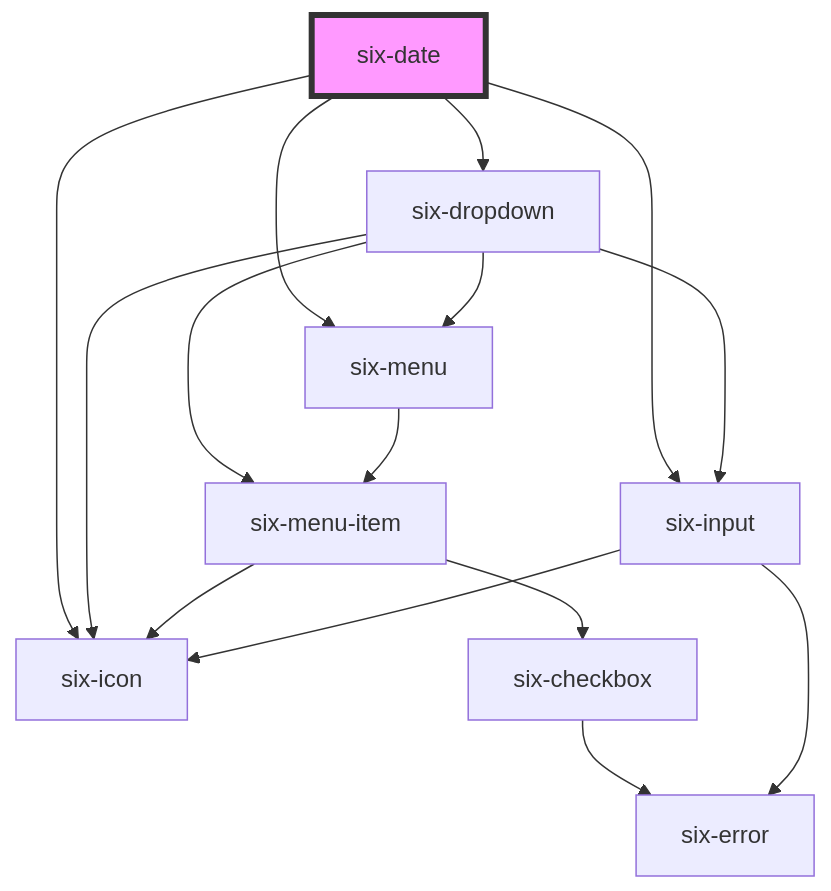
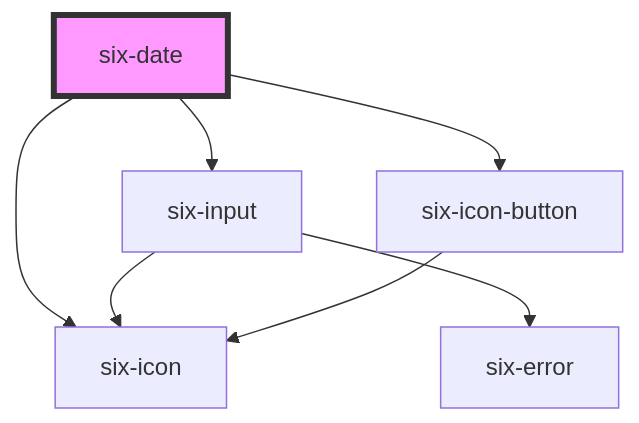
One commit to six-group/six-webcomponents changed the diagram in docs/components/six-date.md. Above: the diagram before and after it, drawn with Mermaid. The commit also changed other lines of this file and 44 other files, not shown here.

````diff
--- a/docs/components/six-date.md
+++ b/docs/components/six-date.md
@@ -723,18 +248,10 @@
 ```mermaid
 graph TD;
+  six-date --> six-input
   six-date --> six-icon
-  six-date --> six-dropdown
-  six-date --> six-input
-  six-date --> six-menu
-  six-dropdown --> six-menu-item
-  six-dropdown --> six-input
-  six-dropdown --> six-icon
-  six-dropdown --> six-menu
-  six-menu-item --> six-checkbox
-  six-menu-item --> six-icon
-  six-checkbox --> six-error
+  six-date --> six-icon-button
   six-input --> six-icon
   six-input --> six-error
-  six-menu --> six-menu-item
+  six-icon-button --> six-icon
   style six-date fill:#f9f,stroke:#333,stroke-width:4px
 ```
````
